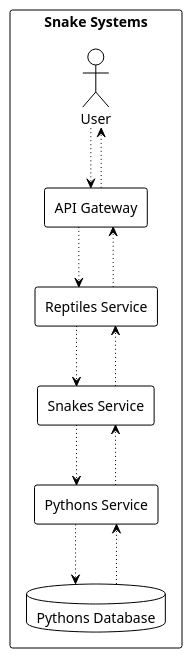
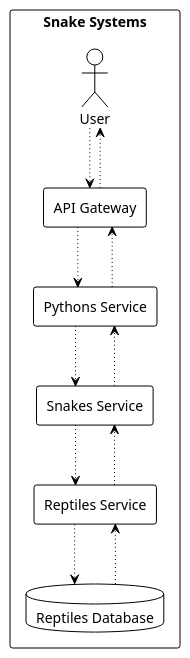
The first of 2 diagrams in _posts/2024-09-28-the-four-horsemen-of-network-communication.md (superdurszlak/superdurszlak.github.io), drawn with PlantUML before and after one commit. The commit also changed other lines of this file, not shown here.

````diff
--- a/_posts/2024-09-28-the-four-horsemen-of-network-communication.md
+++ b/_posts/2024-09-28-the-four-horsemen-of-network-communication.md
@@ -117,29 +117,29 @@
 ```plantuml!
 !theme mono
 top to bottom direction
 skinparam linetype ortho
 
 rectangle snake as "Snake Systems" {
   actor snakeUser as "User"
   agent snakeServerA as "API Gateway"
-  agent snakeServerB as "Reptiles Service"
+  agent snakeServerB as "Pythons Service"
   agent snakeServerC as "Snakes Service"
-  agent snakeServerD as "Pythons Service"
-  database snakeDatabase as "Pythons Database"
+  agent snakeServerD as "Reptiles Service"
+  database snakeDatabase as "Reptiles Database"
 
   snakeUser -d[dotted]-> snakeServerA
   snakeServerA -[dotted]-> snakeUser
 
   snakeServerA -d[dotted]-> snakeServerB
   snakeServerB -[dotted]-> snakeServerA
 
   snakeServerB -d[dotted]-> snakeServerC
   snakeServerC -[dotted]-> snakeServerB
 
   snakeServerC -d[dotted]-> snakeServerD
   snakeServerD -[dotted]-> snakeServerC
 
   snakeServerD -d[dotted]-> snakeDatabase
   snakeDatabase -[dotted]-> snakeServerD
 }
 ```
````
